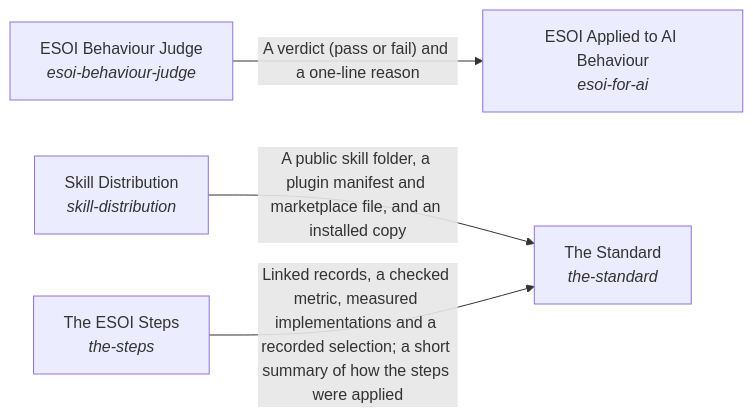
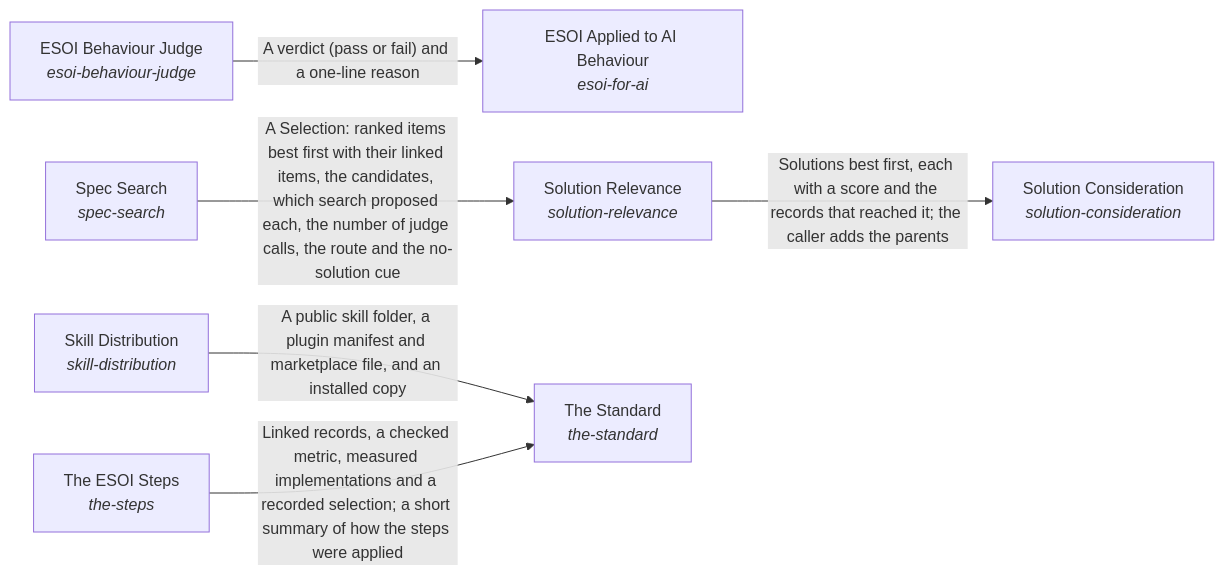
Before and after one commit to JoshuaMathias/evolvable-structure: the diagram in implementations/python/esoi/understanding/README.md, drawn with Mermaid. The commit also changed other lines of this file and 73 other files, not shown here.

First line of the commit message:
Solution Consideration and Solution Relevance: one prompt per solution, formed from its network of records

````diff
--- a/implementations/python/esoi/understanding/README.md
+++ b/implementations/python/esoi/understanding/README.md
@@ -17,11 +17,16 @@
 ```mermaid
 flowchart LR
     s0["ESOI Applied to AI Behaviour<br/><i>esoi-for-ai</i>"]
-    s1["The Standard<br/><i>the-standard</i>"]
-    s2["ESOI Behaviour Judge<br/><i>esoi-behaviour-judge</i>"]
-    s3["Skill Distribution<br/><i>skill-distribution</i>"]
-    s4["The ESOI Steps<br/><i>the-steps</i>"]
-    s2 -->|"A verdict (pass or fail) and a one-line reason"| s0
-    s3 -->|"A public skill folder, a plugin manifest and marketplace file, and an installed copy"| s1
-    s4 -->|"Linked records, a checked metric, measured implementations and a recorded selection; a short summary of how the steps were applied"| s1
+    s1["Solution Consideration<br/><i>solution-consideration</i>"]
+    s2["Solution Relevance<br/><i>solution-relevance</i>"]
+    s3["Spec Search<br/><i>spec-search</i>"]
+    s4["The Standard<br/><i>the-standard</i>"]
+    s5["ESOI Behaviour Judge<br/><i>esoi-behaviour-judge</i>"]
+    s6["Skill Distribution<br/><i>skill-distribution</i>"]
+    s7["The ESOI Steps<br/><i>the-steps</i>"]
+    s2 -->|"Solutions best first, each with a score and the records that reached it; the caller adds the parents"| s1
+    s3 -->|"A Selection: ranked items best first with their linked items, the candidates, which search proposed each, the number of judge calls, the route and the no-solution cue"| s2
+    s5 -->|"A verdict (pass or fail) and a one-line reason"| s0
+    s6 -->|"A public skill folder, a plugin manifest and marketplace file, and an installed copy"| s4
+    s7 -->|"Linked records, a checked metric, measured implementations and a recorded selection; a short summary of how the steps were applied"| s4
 ```
````
